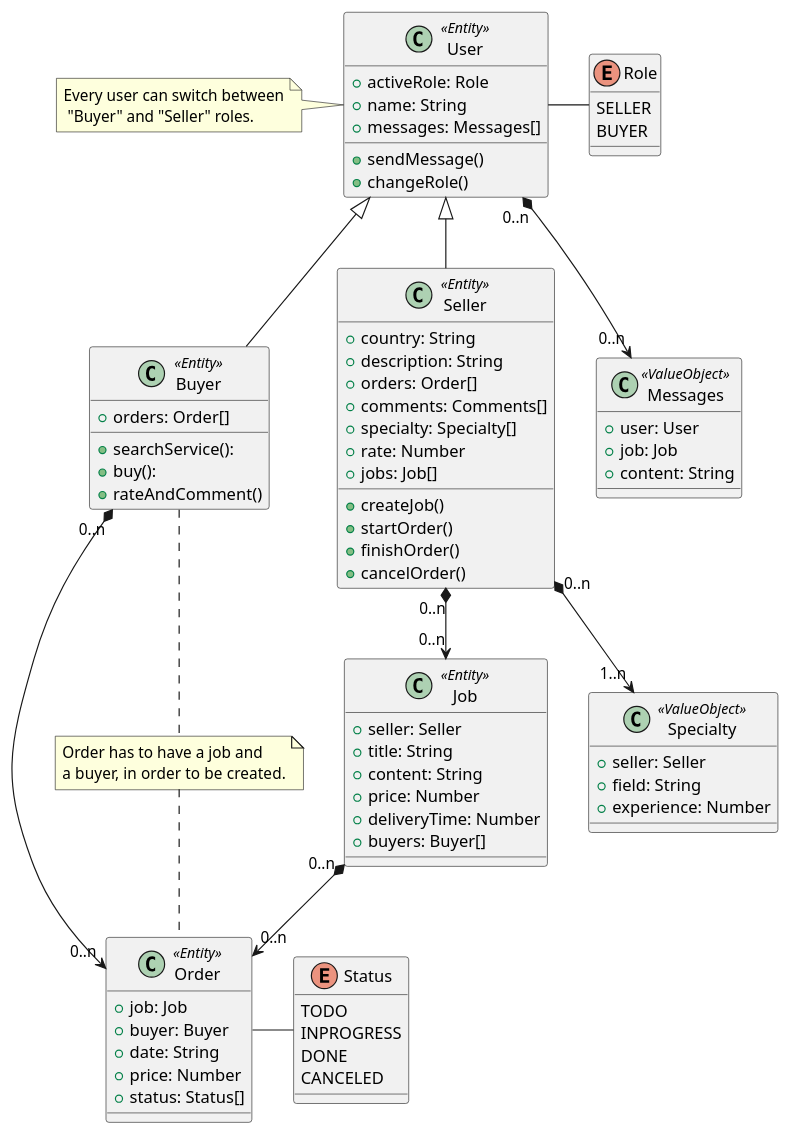
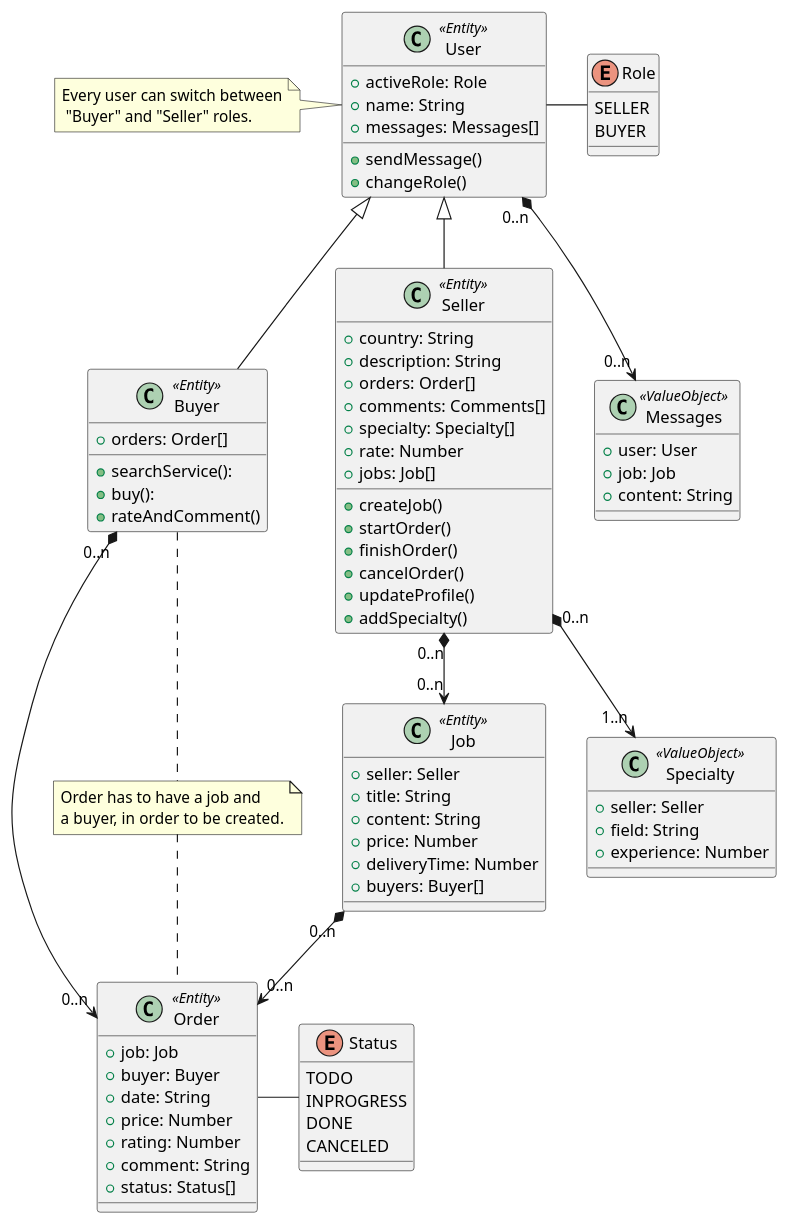
Before and after one commit to 0xtaf/freelance-market: the diagram in class-diagram.puml, drawn with PlantUML.

Commit message:
Fix the diagram

```diff
--- a/class-diagram.puml
+++ b/class-diagram.puml
@@ -1,90 +1,94 @@
 @startuml FreelanceMarket
 
 class User <<Entity>> {
   + activeRole: Role
   + name: String
   + messages: Messages[]
   + sendMessage()
   + changeRole()
 }
 
 class Buyer <<Entity>> {
   + orders: Order[]
   + searchService(): 
   + buy(): 
   + rateAndComment() 
 }
 
 class Seller <<Entity>> {
   + country: String
   + description: String
   + orders: Order[]
   + comments: Comments[]
   + specialty: Specialty[]
   + rate: Number
   + jobs: Job[]
   + createJob()
   + startOrder()
   + finishOrder()
   + cancelOrder()
+  + updateProfile()
+  + addSpecialty()
 }
 
 class Order <<Entity>> {
   + job: Job
   + buyer: Buyer
   + date: String
   + price: Number
+  + rating: Number
+  + comment: String
   + status: Status[]
 }
 
 
 class Job <<Entity>> {
   + seller: Seller
   + title: String
   + content: String
   + price: Number
   + deliveryTime: Number
   + buyers: Buyer[] 
 }
 
 enum Role {
   SELLER
   BUYER
 }
 
 enum Status {
   TODO
   INPROGRESS
   DONE
   CANCELED
 }
 
 class Specialty <<ValueObject>> {
   + seller: Seller
   + field: String
   + experience: Number
 }
 
 class Messages <<ValueObject>> {
   + user: User
   + job: Job
   + content: String
 }
 
 
 Buyer -up|> User
 Seller -up-|> User
 User "0..n" *--> "0..n" Messages
 Seller "0..n" *--> "0..n" Job
 Job "0..n" *--> "0..n" Order
 Buyer "0..n" *--> "0..n" Order
 Seller "0..n" *--> "1..n" Specialty
 Role -left- User
 Status -left- Order
 
 note left of User : Every user can switch between\n "Buyer" and "Seller" roles.
 note "Order has to have a job and\na buyer, in order to be created." as N2
 Buyer .. N2
 N2 .. Order
 
 @enduml
```
